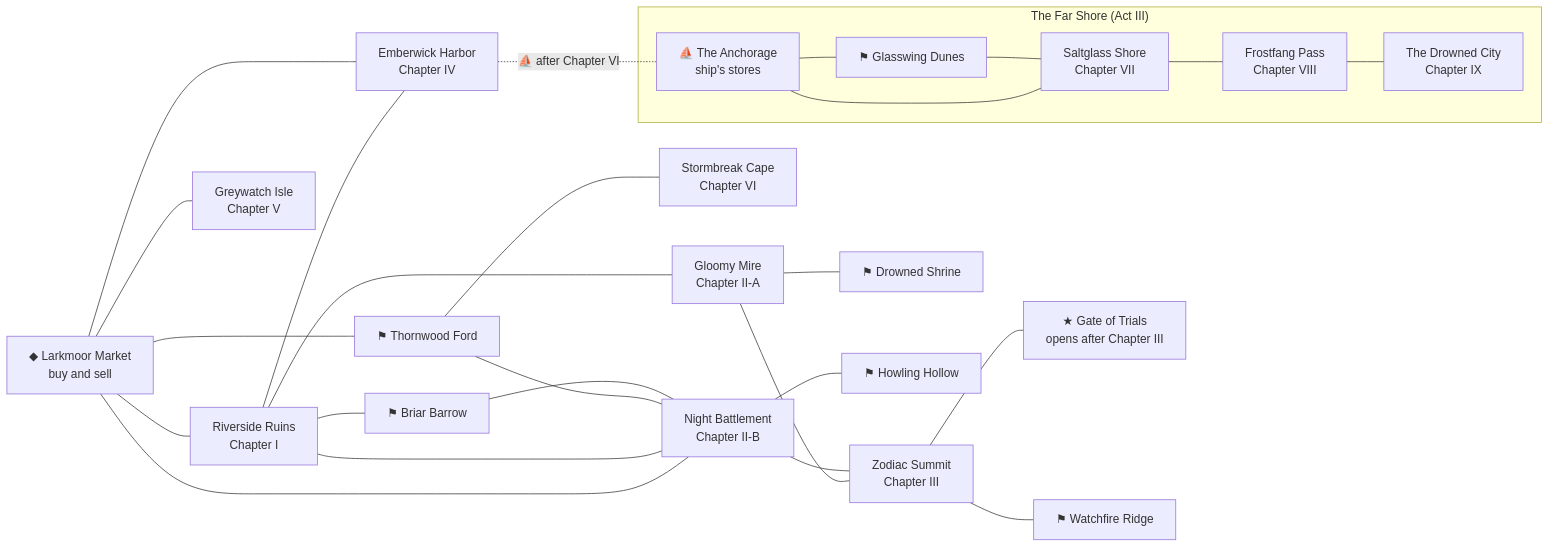
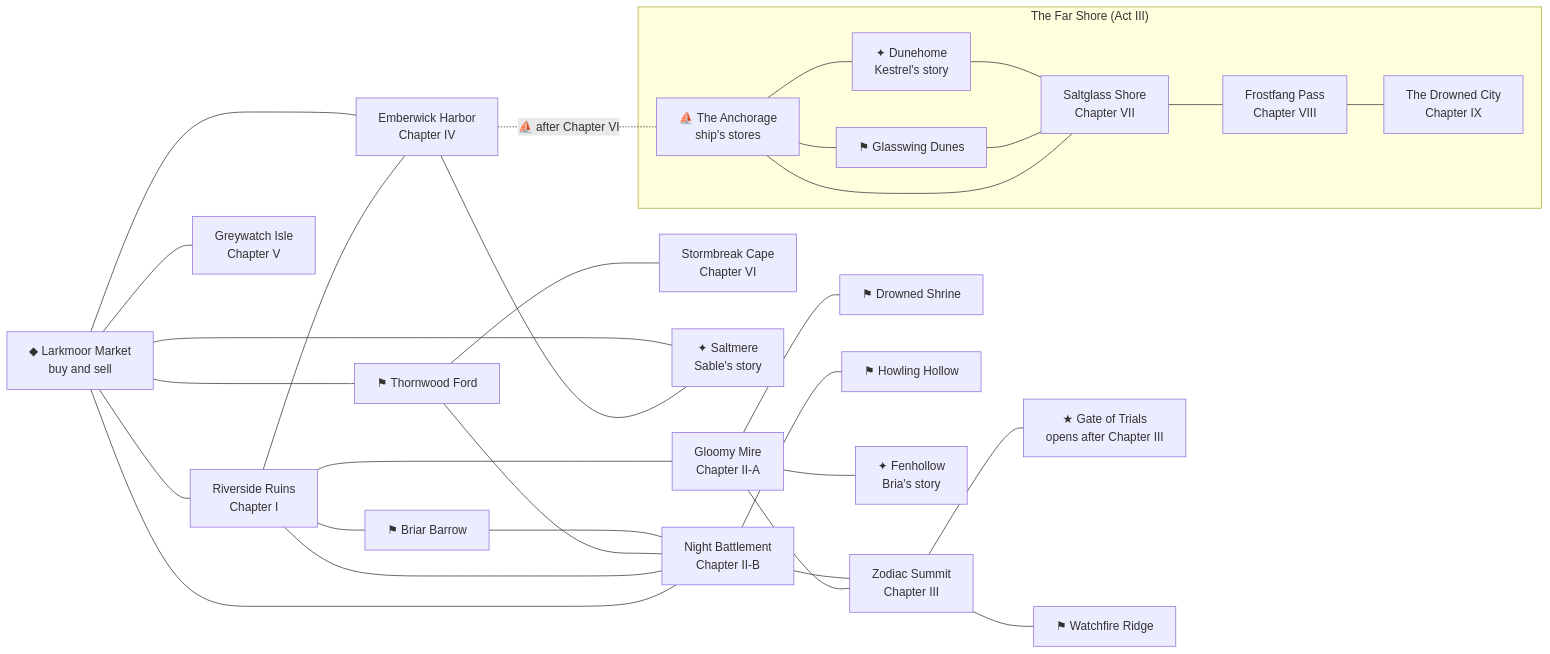
The fourth of 5 diagrams in docs/GAMEPLAY_GUIDE.md (CptNope/Chess-RPG-Tactics), drawn with Mermaid before and after one commit. The commit also changed other lines of this file and 21 other files, not shown here.

````diff
--- a/docs/GAMEPLAY_GUIDE.md
+++ b/docs/GAMEPLAY_GUIDE.md
@@ -130,24 +130,27 @@
 ```mermaid
 flowchart LR
     M["◆ Larkmoor Market<br/>buy and sell"] --- R["Riverside Ruins<br/>Chapter I"]
     M --- B["Night Battlement<br/>Chapter II-B"]
     R --- G["Gloomy Mire<br/>Chapter II-A"]
     R --- B
     G --- Z["Zodiac Summit<br/>Chapter III"]
     B --- Z
     Z --- T["★ Gate of Trials<br/>opens after Chapter III"]
     R --- H["Emberwick Harbor<br/>Chapter IV"]
     M --- H
     M --- I["Greywatch Isle<br/>Chapter V"]
     M --- TF["⚑ Thornwood Ford"] --- B
     TF --- CP["Stormbreak Cape<br/>Chapter VI"]
     G --- DS["⚑ Drowned Shrine"]
     Z --- WR["⚑ Watchfire Ridge"]
     B --- HH["⚑ Howling Hollow"]
     R --- BB["⚑ Briar Barrow"] --- B
+    G --- FH["✦ Fenhollow<br/>Bria's story"]
+    H --- SM["✦ Saltmere<br/>Sable's story"] --- M
     H -. "⛵ after Chapter VI" .- A
     subgraph FS["The Far Shore (Act III)"]
         A["⛵ The Anchorage<br/>ship's stores"] --- SG["Saltglass Shore<br/>Chapter VII"] --- FP["Frostfang Pass<br/>Chapter VIII"] --- DC["The Drowned City<br/>Chapter IX"]
         A --- GD["⚑ Glasswing Dunes"] --- SG
+        A --- DH["✦ Dunehome<br/>Kestrel's story"] --- SG
     end
 ```
````
